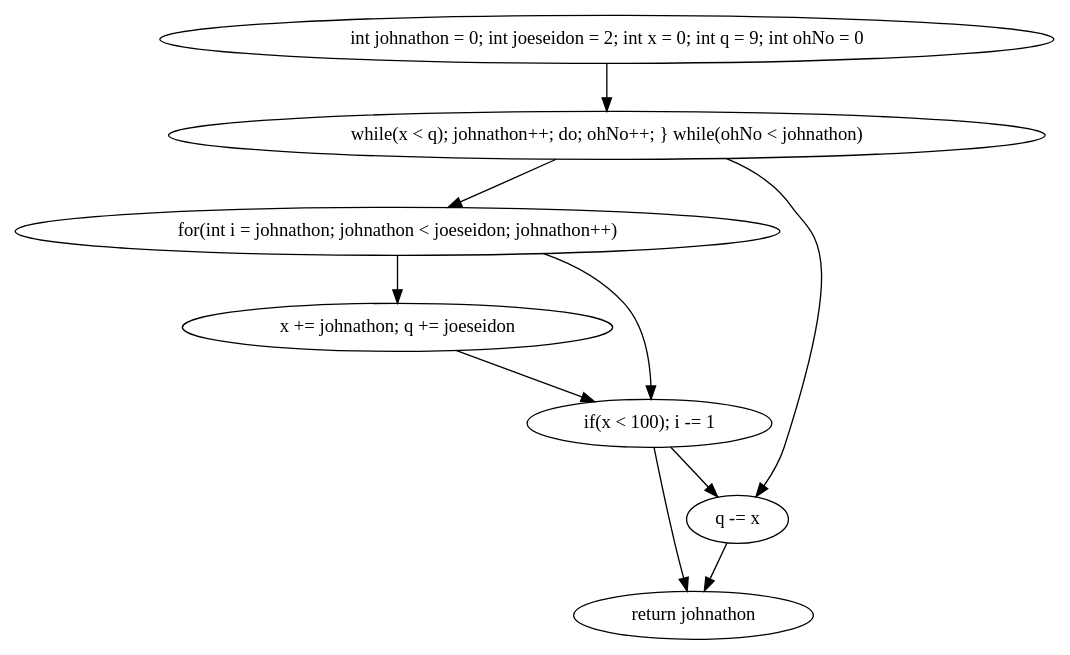
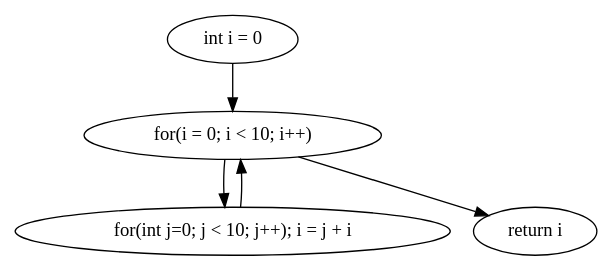
Before and after one commit to nwoythal/CS4100-P4: the diagram in test-output/render.gv, drawn with Graphviz. The commit also changed 2 other files, not shown here.

```diff
--- a/test-output/render.gv
+++ b/test-output/render.gv
@@ -1,18 +1,10 @@
 digraph "Control Flow Graph" {
-	B0 [label="int johnathon = 0; int joeseidon = 2; int x = 0; int q = 9; int ohNo = 0"]
-	B1 [label="while(x < q); johnathon++; do; ohNo++; } while(ohNo < johnathon)"]
-	B2 [label="for(int i = johnathon; johnathon < joeseidon; johnathon++)"]
-	B3 [label="x += johnathon; q += joeseidon"]
-	B4 [label="if(x < 100); i -= 1"]
-	B6 [label="q -= x"]
-	B7 [label="return johnathon"]
+	B0 [label="int i = 0"]
+	B1 [label="for(i = 0; i < 10; i++)"]
+	B2 [label="for(int j=0; j < 10; j++); i = j + i"]
+	B4 [label="return i"]
 		B0 -> B1
 		B1 -> B2
-		B1 -> B6
-		B2 -> B3
-		B2 -> B4
-		B3 -> B4
-		B4 -> B6
-		B4 -> B7
-		B6 -> B7
+		B1 -> B4
+		B2 -> B1
 }
```
